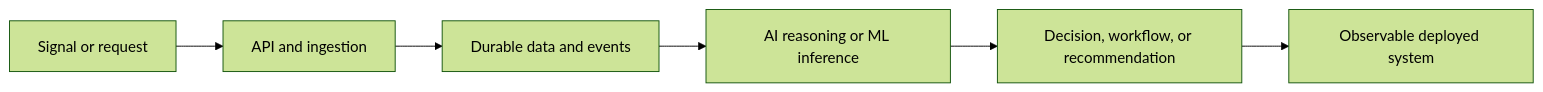
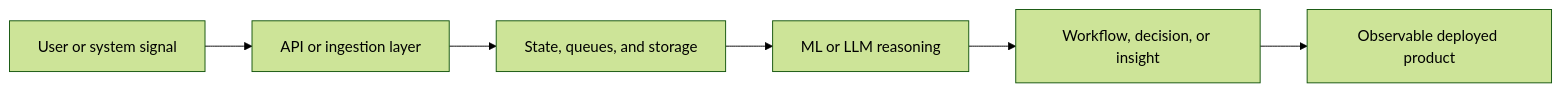
The diagram in README.md (Shreesh-Sree/Shreesh-Sree), drawn with Mermaid (forest theme) before and after one commit. The commit also changed other lines of this file, not shown here.

Commit message:
Refine profile README with system-style layout

````diff
--- a/README.md
+++ b/README.md
@@ -40,8 +50,8 @@
 ```mermaid
 flowchart LR
-    A["Signal or request"] --> B["API and ingestion"]
-    B --> C["Durable data and events"]
-    C --> D["AI reasoning or ML inference"]
-    D --> E["Decision, workflow, or recommendation"]
-    E --> F["Observable deployed system"]
+    A["User or system signal"] --> B["API or ingestion layer"]
+    B --> C["State, queues, and storage"]
+    C --> D["ML or LLM reasoning"]
+    D --> E["Workflow, decision, or insight"]
+    E --> F["Observable deployed product"]
 ```
````
